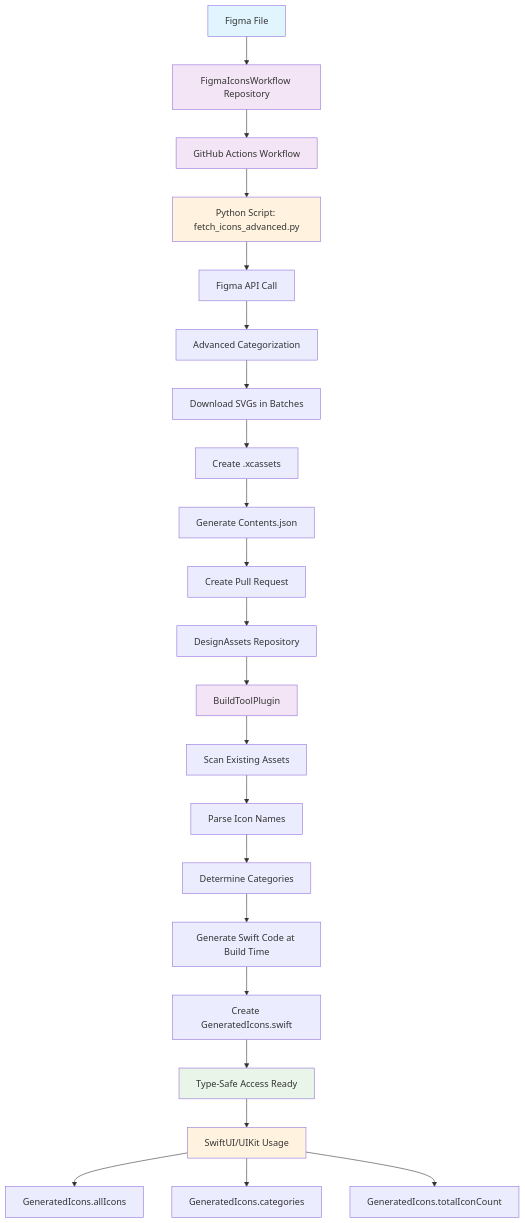
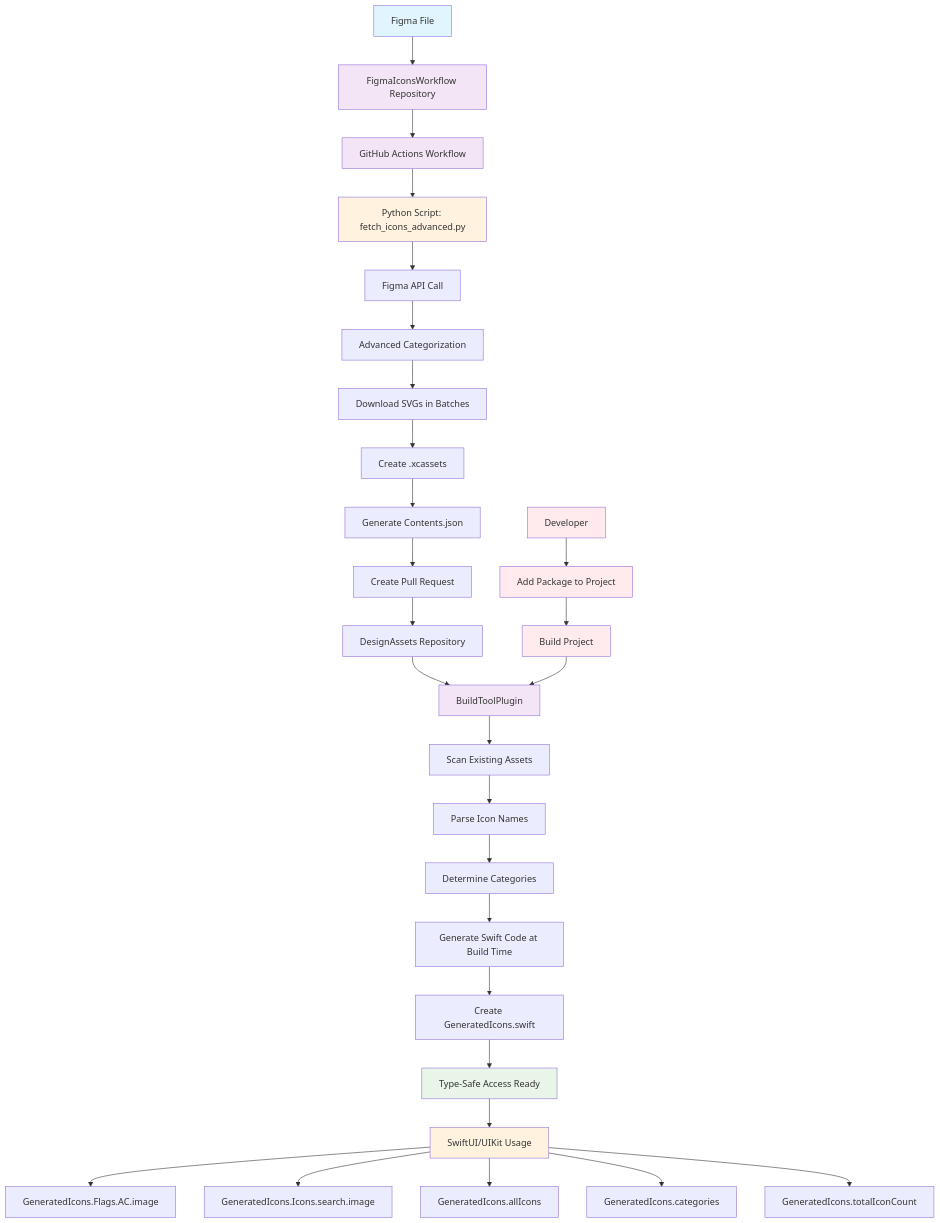
One commit to babladiabhishek/DesignAssets changed the diagram in README.md. Above: the diagram before and after it, drawn with Mermaid.

Commit message:
📊 Update flow chart to reflect BuildToolPlugin architecture
✨ Flow Chart Updates:
- Add developer workflow (Add Package → Build Project → BuildToolPlugin)
- Show specific icon usage examples (GeneratedIcons.Flags.AC.image)
- Emphasize zero-configuration setup
- Highlight automatic build-time generation
- Add color coding for different workflow stages

🎯 Key Improvements:
- Clear developer journey from package addition to usage
- Specific examples of type-safe icon access
- Visual representation of BuildToolPlugin integration
- Better understanding of the complete workflow

````diff
--- a/README.md
+++ b/README.md
@@ -19,34 +19,43 @@
 ```mermaid
 graph TD
     A[Figma File] --> B[FigmaIconsWorkflow Repository]
     B --> C[GitHub Actions Workflow]
     C --> D[Python Script: fetch_icons_advanced.py]
     D --> E[Figma API Call]
     E --> F[Advanced Categorization]
     F --> G[Download SVGs in Batches]
     G --> H[Create .xcassets]
     H --> I[Generate Contents.json]
     I --> J[Create Pull Request]
     J --> K[DesignAssets Repository]
     
     K --> L[BuildToolPlugin]
     L --> M[Scan Existing Assets]
     M --> N[Parse Icon Names]
     N --> O[Determine Categories]
     O --> P[Generate Swift Code at Build Time]
     P --> Q[Create GeneratedIcons.swift]
     Q --> R[Type-Safe Access Ready]
     
     R --> S[SwiftUI/UIKit Usage]
-    S --> T[GeneratedIcons.allIcons]
-    S --> U[GeneratedIcons.categories]
-    S --> V[GeneratedIcons.totalIconCount]
+    S --> T[GeneratedIcons.Flags.AC.image]
+    S --> U[GeneratedIcons.Icons.search.image]
+    S --> V[GeneratedIcons.allIcons]
+    S --> W[GeneratedIcons.categories]
+    S --> X[GeneratedIcons.totalIconCount]
+    
+    Y[Developer] --> Z[Add Package to Project]
+    Z --> AA[Build Project]
+    AA --> L
     
     style A fill:#e1f5fe
     style B fill:#f3e5f5
     style C fill:#f3e5f5
     style D fill:#fff3e0
     style L fill:#f3e5f5
     style R fill:#e8f5e8
     style S fill:#fff3e0
+    style Y fill:#ffebee
+    style Z fill:#ffebee
+    style AA fill:#ffebee
 ```
````
